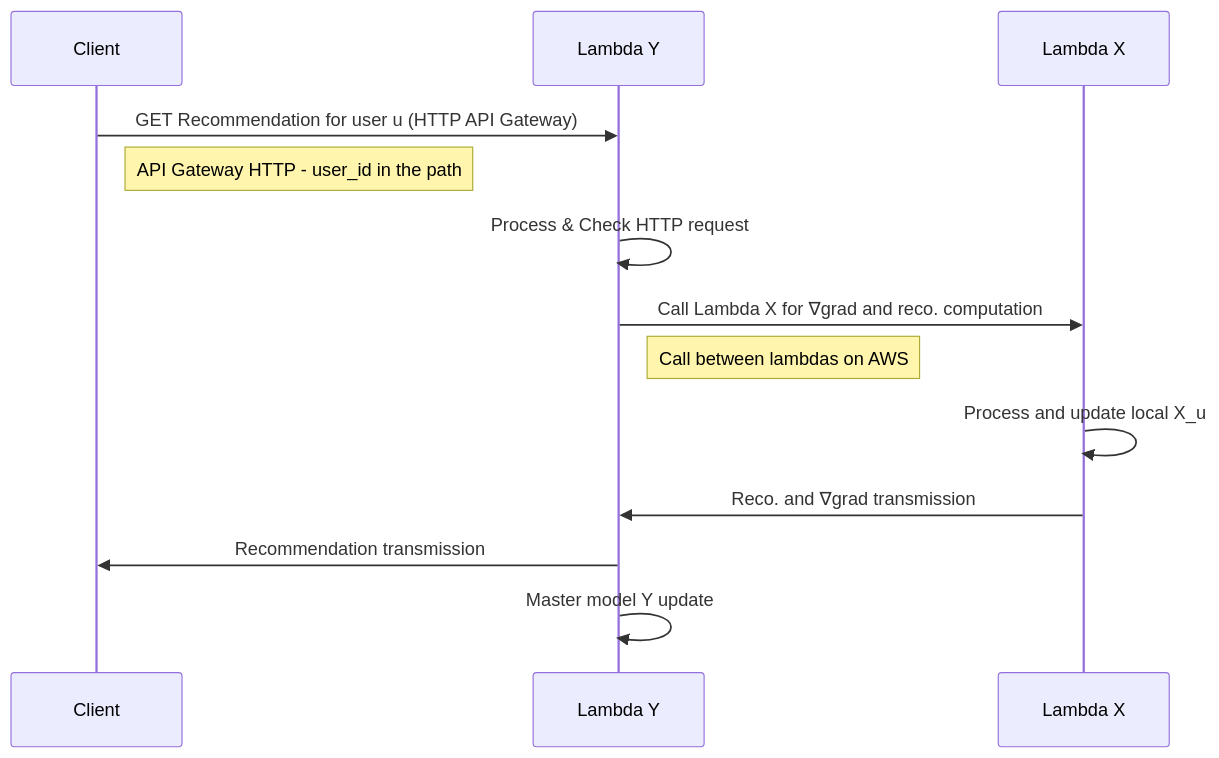
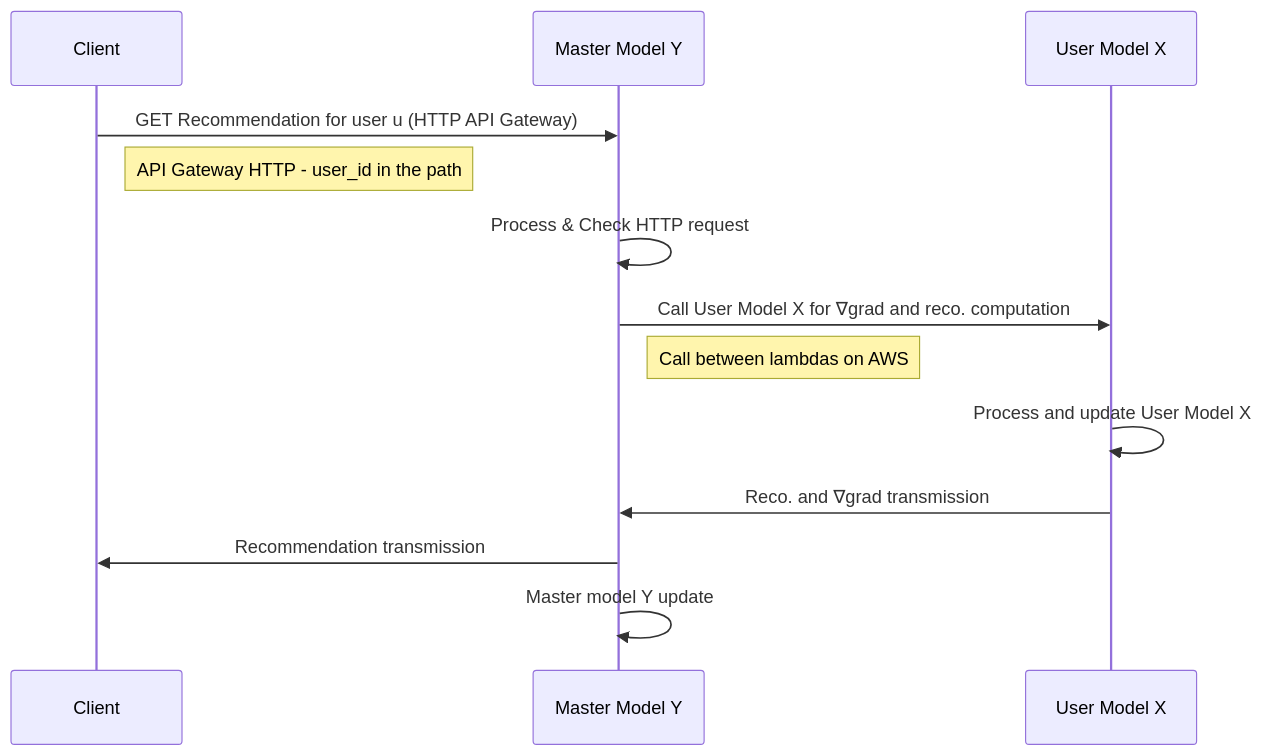
The first of 2 diagrams in recommender-system/README.md (AdrKacz/super-duper-guacamole), drawn with Mermaid before and after one commit. The commit also changed other lines of this file, not shown here.

````diff
--- a/recommender-system/README.md
+++ b/recommender-system/README.md
@@ -117,15 +117,15 @@
 ```mermaid
 sequenceDiagram
       participant Client as Client
-      participant Model as Lambda Y
-      participant Model2 as Lambda X
+      participant Model as Master Model Y
+      participant Model2 as User Model X
       Client ->> Model: GET Recommendation for user u (HTTP API Gateway)
       Note right of Client: API Gateway HTTP - user_id in the path
       Model ->> Model: Process & Check HTTP request
-      Model ->> Model2: Call Lambda X for ∇grad and reco. computation
+      Model ->> Model2: Call User Model X for ∇grad and reco. computation
       Note right of Model: Call between lambdas on AWS
-      Model2 ->> Model2: Process and update local X_u
+      Model2 ->> Model2: Process and update User Model X
       Model2 ->> Model: Reco. and ∇grad transmission
       Model ->> Client: Recommendation transmission
       Model ->> Model: Master model Y update 
 ```
````
